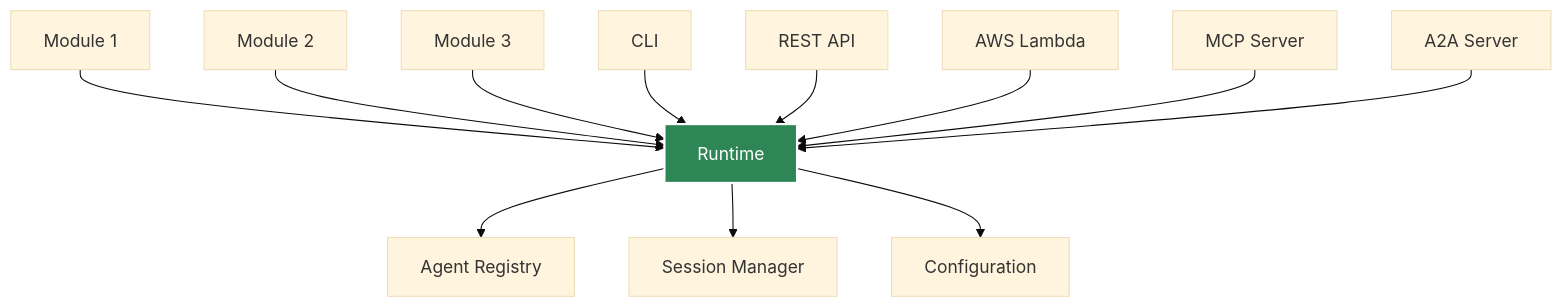
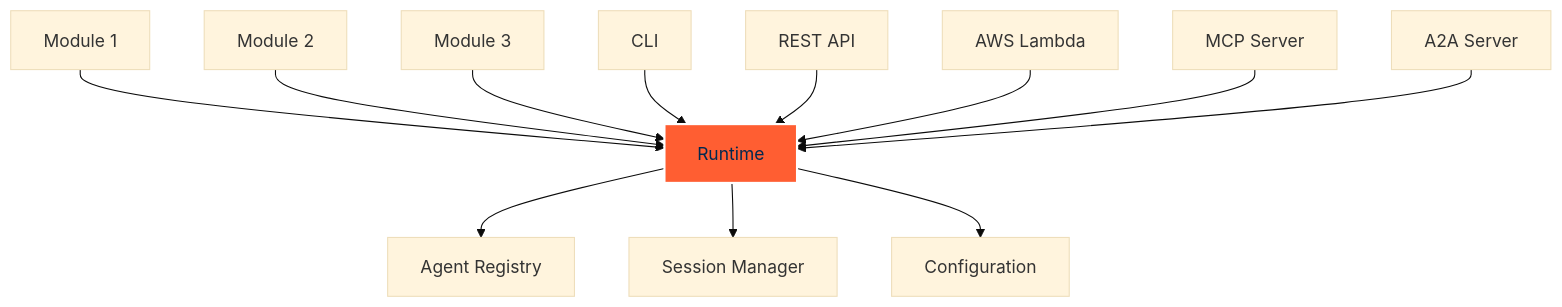
Before and after one commit to yaalalabs/agent-kernel: the first of 2 diagrams in docs/docs/core-concepts/runtime.md, drawn with Mermaid (base theme). The commit also changed other lines of this file and 444 other files, not shown here.

````diff
--- a/docs/docs/core-concepts/runtime.md
+++ b/docs/docs/core-concepts/runtime.md
@@ -11,18 +11,18 @@
 ```mermaid
 graph TB
     A[Module 1] --> R[Runtime]
     B[Module 2] --> R
     C[Module 3] --> R
     
     R --> D[Agent Registry]
     R --> E[Session Manager]
     R --> F[Configuration]
     
     G[CLI] --> R
     H[REST API] --> R
     I[AWS Lambda] --> R
     J[MCP Server] --> R
     K[A2A Server] --> R
     
-    style R fill:#2e8555,stroke:#fff,stroke-width:2px,color:#fff
+    style R fill:#FF5E32,stroke:#fff,stroke-width:2px,color:#02284F
 ```
````
